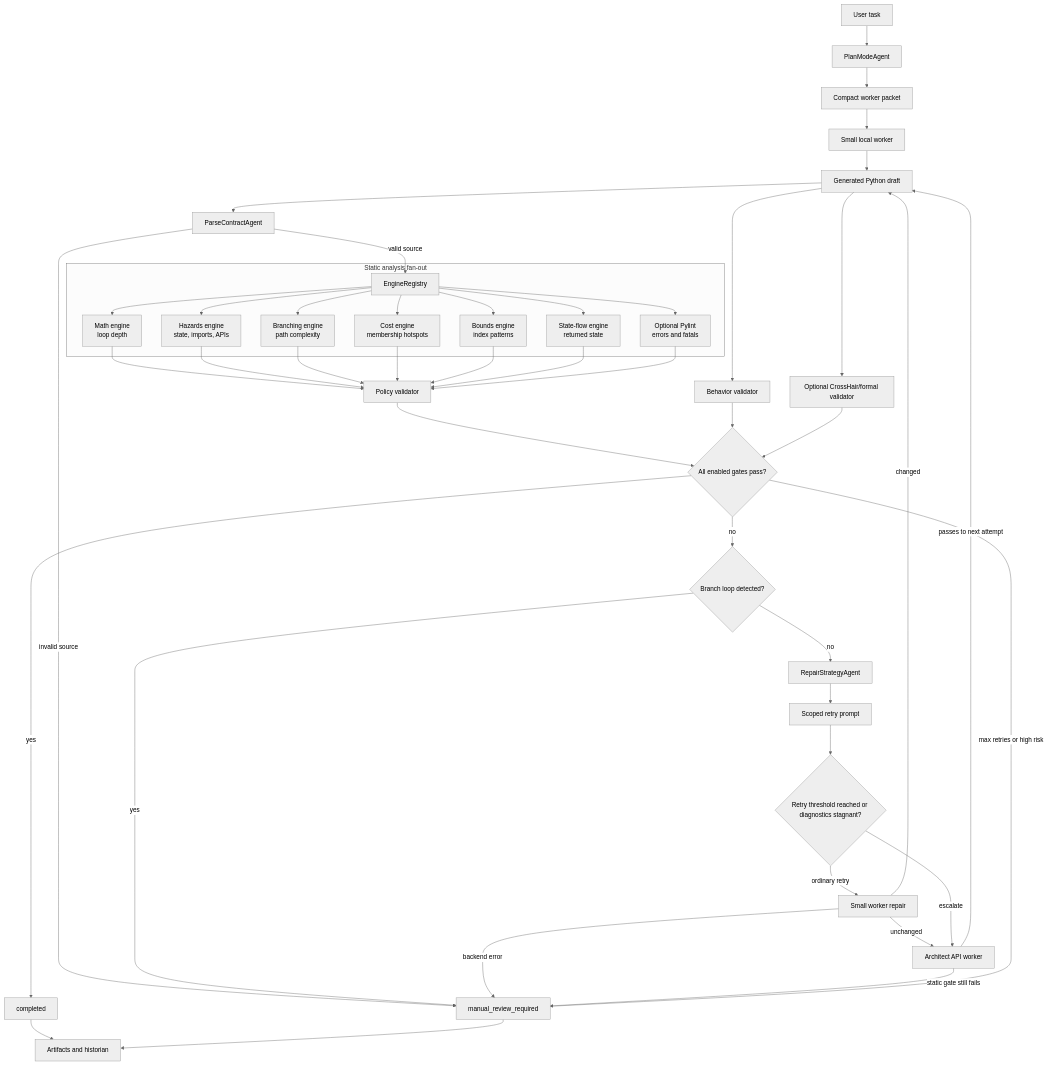
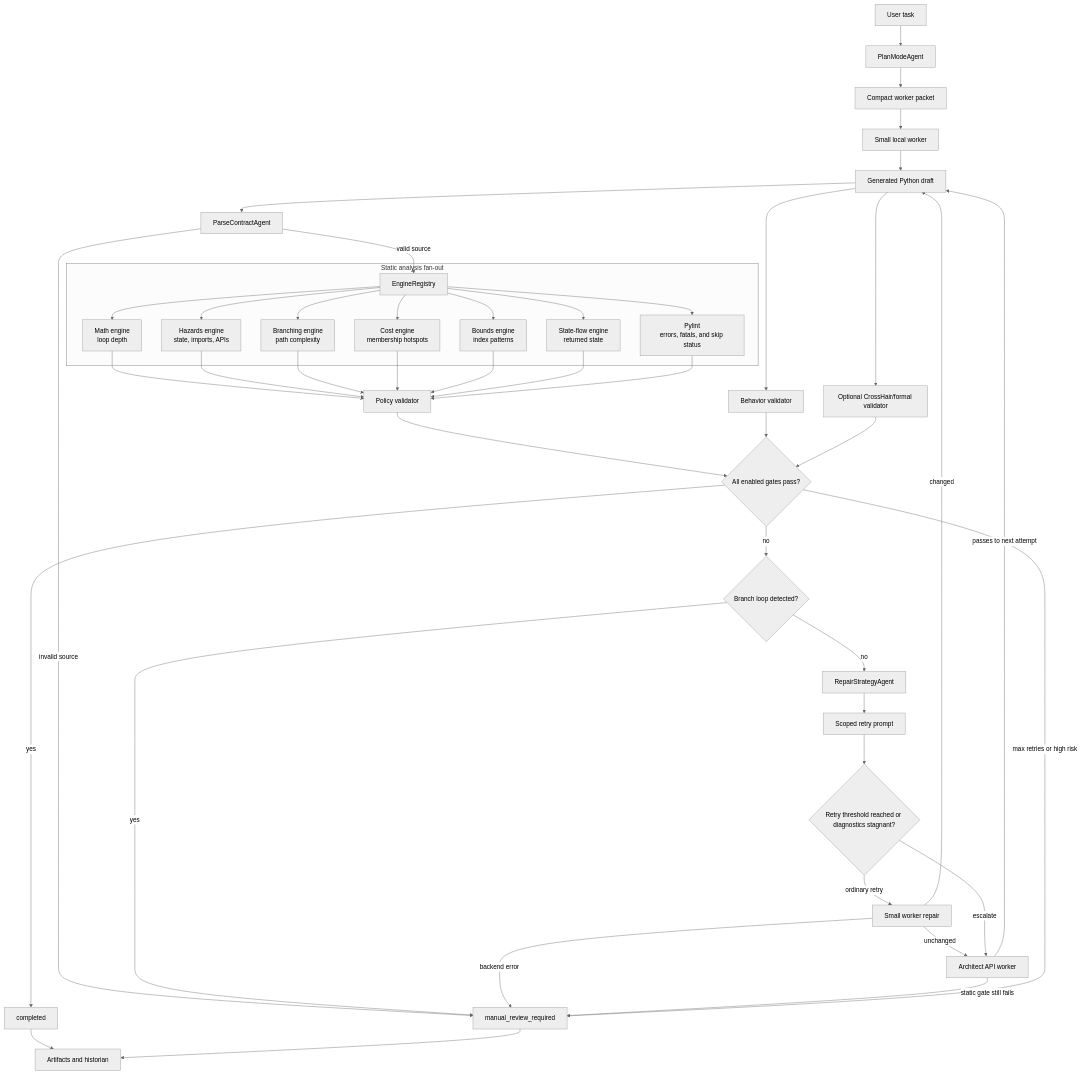
Before and after one commit to KhushalP0126/agent_small_harness: the second of 2 diagrams in README.md, drawn with Mermaid (neutral theme). The commit also changed other lines of this file and 4 other files, not shown here.

````diff
--- a/README.md
+++ b/README.md
@@ -144,53 +144,53 @@
 ```mermaid
 flowchart TD
     task[User task] --> plan[PlanModeAgent]
     plan --> packet[Compact worker packet]
     packet --> worker[Small local worker]
     worker --> draft[Generated Python draft]
 
     draft --> parse[ParseContractAgent]
     parse -->|invalid source| review[manual_review_required]
     parse -->|valid source| registry[EngineRegistry]
 
     subgraph static[Static analysis fan-out]
         registry --> math[Math engine<br/>loop depth]
         registry --> hazards[Hazards engine<br/>state, imports, APIs]
         registry --> branching[Branching engine<br/>path complexity]
         registry --> cost[Cost engine<br/>membership hotspots]
         registry --> bounds[Bounds engine<br/>index patterns]
         registry --> stateflow[State-flow engine<br/>returned state]
-        registry --> lint[Optional Pylint<br/>errors and fatals]
+        registry --> lint[Pylint<br/>errors, fatals, and skip status]
     end
 
     math --> policy[Policy validator]
     hazards --> policy
     branching --> policy
     cost --> policy
     bounds --> policy
     stateflow --> policy
     lint --> policy
 
     draft --> behavior[Behavior validator]
     draft --> formal[Optional CrossHair/formal validator]
     policy --> gates{All enabled gates pass?}
     behavior --> gates
     formal --> gates
 
     gates -->|yes| completed[completed]
     completed --> artifacts[Artifacts and historian]
 
     gates -->|no| branch{Branch loop detected?}
     branch -->|yes| review
     branch -->|no| strategy[RepairStrategyAgent]
     strategy --> retry[Scoped retry prompt]
     retry --> mode{Retry threshold reached or diagnostics stagnant?}
     mode -->|ordinary retry| repair[Small worker repair]
     repair -->|changed| draft
     repair -->|unchanged| architect[Architect API worker]
     repair -->|backend error| review
     mode -->|escalate| architect
     architect -->|passes to next attempt| draft
     architect -->|static gate still fails| review
     gates -->|max retries or high risk| review
     review --> artifacts
 ```
````
